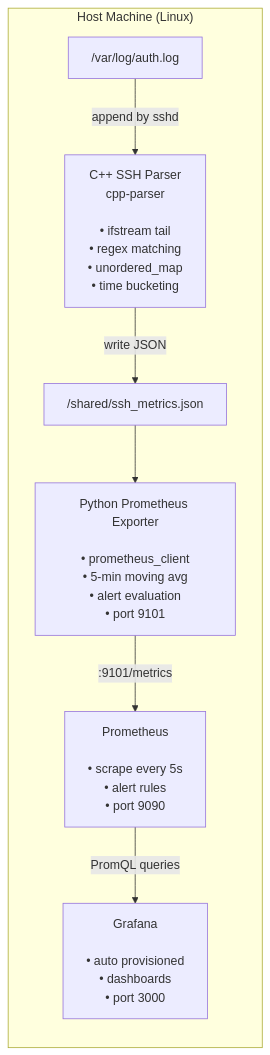
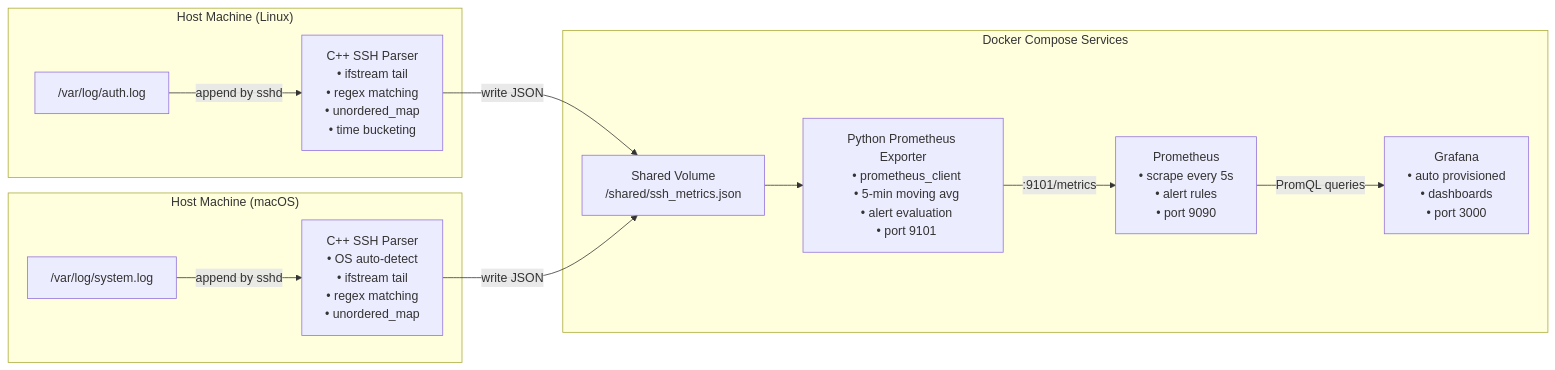
The first of 2 diagrams in README.md (Vanaub22/SSH-Monitor), drawn with Mermaid before and after one commit. The commit also changed other lines of this file and 7 other files, not shown here.

````diff
--- a/README.md
+++ b/README.md
@@ -12,44 +12,47 @@
 ``` mermaid
 flowchart LR
 
-subgraph HOST["Host Machine (Linux)"]
-
-LOG["/var/log/auth.log"]
-
-CPP["C++ SSH Parser
-cpp-parser
-
-• ifstream tail
-• regex matching
-• unordered_map
-• time bucketing"]
-
-JSON["/shared/ssh_metrics.json"]
-
-PY["Python Prometheus Exporter
-
-• prometheus_client
-• 5-min moving avg
-• alert evaluation
-• port 9101"]
-
-PROM["Prometheus
-
-• scrape every 5s
-• alert rules
-• port 9090"]
-
-GRAF["Grafana
-
-• auto provisioned
-• dashboards
-• port 3000"]
-
+subgraph LINUX["Host Machine (Linux)"]
+  LOG_LINUX["/var/log/auth.log"]
+  CPP_LINUX["C++ SSH Parser
+  • ifstream tail
+  • regex matching
+  • unordered_map
+  • time bucketing"]
+  LOG_LINUX -->|append by sshd| CPP_LINUX
 end
 
-LOG -->|append by sshd| CPP
-CPP -->|write JSON| JSON
+subgraph MACOS["Host Machine (macOS)"]
+  LOG_MAC["/var/log/system.log"]
+  CPP_MAC["C++ SSH Parser
+  • OS auto-detect
+  • ifstream tail
+  • regex matching
+  • unordered_map"]
+  LOG_MAC -->|append by sshd| CPP_MAC
+end
+
+subgraph DOCKER["Docker Compose Services"]
+  JSON["Shared Volume
+  /shared/ssh_metrics.json"]
+  PY["Python Prometheus Exporter
+  • prometheus_client
+  • 5-min moving avg
+  • alert evaluation
+  • port 9101"]
+  PROM["Prometheus
+  • scrape every 5s
+  • alert rules
+  • port 9090"]
+  GRAF["Grafana
+  • auto provisioned
+  • dashboards
+  • port 3000"]
+end
+
+CPP_LINUX -->|write JSON| JSON
+CPP_MAC -->|write JSON| JSON
 JSON --> PY
 PY -->|:9101/metrics| PROM
 PROM -->|PromQL queries| GRAF
 ```
````
